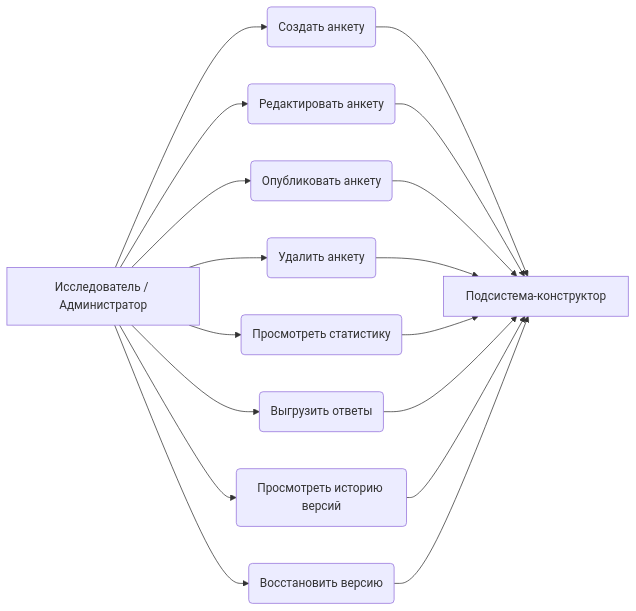
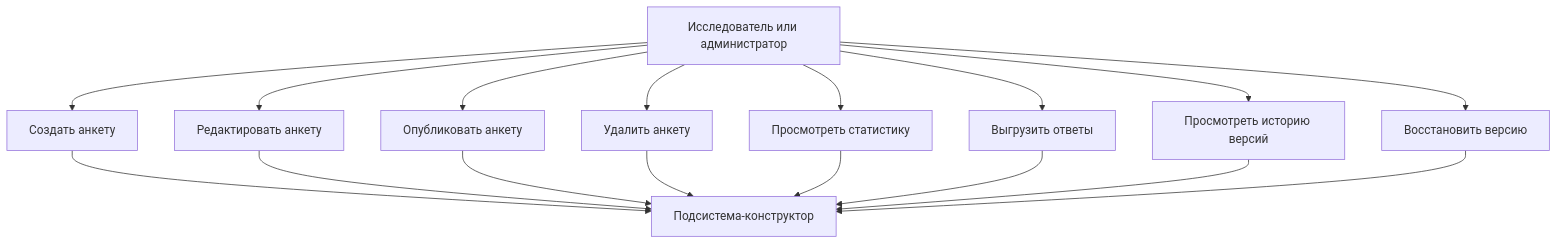
The first of 3 diagrams in docs/vkr-podsystema-konstruktor-anketirovaniya.md (sanya2905/survey-constructor-service), drawn with Mermaid before and after one commit. The commit also changed other lines of this file and 1 other file, not shown here.

````diff
--- a/docs/vkr-podsystema-konstruktor-anketirovaniya.md
+++ b/docs/vkr-podsystema-konstruktor-anketirovaniya.md
@@ -68,19 +70,30 @@
 ```mermaid
-graph LR
-    A[Исследователь / Администратор] --> B(Создать анкету)
-    A --> C(Редактировать анкету)
-    A --> D(Опубликовать анкету)
-    A --> E(Удалить анкету)
-    A --> F(Просмотреть статистику)
-    A --> G(Выгрузить ответы)
-    A --> H(Просмотреть историю версий)
-    A --> I(Восстановить версию)
-    B --> J[Подсистема-конструктор]
+flowchart TD
+    A[Исследователь или администратор]
+    B[Создать анкету]
+    C[Редактировать анкету]
+    D[Опубликовать анкету]
+    E[Удалить анкету]
+    F[Просмотреть статистику]
+    G[Выгрузить ответы]
+    H[Просмотреть историю версий]
+    I[Восстановить версию]
+    J[Подсистема-конструктор]
+
+    A --> B
+    A --> C
+    A --> D
+    A --> E
+    A --> F
+    A --> G
+    A --> H
+    A --> I
+    B --> J
     C --> J
     D --> J
     E --> J
     F --> J
     G --> J
     H --> J
     I --> J
 ```
````
